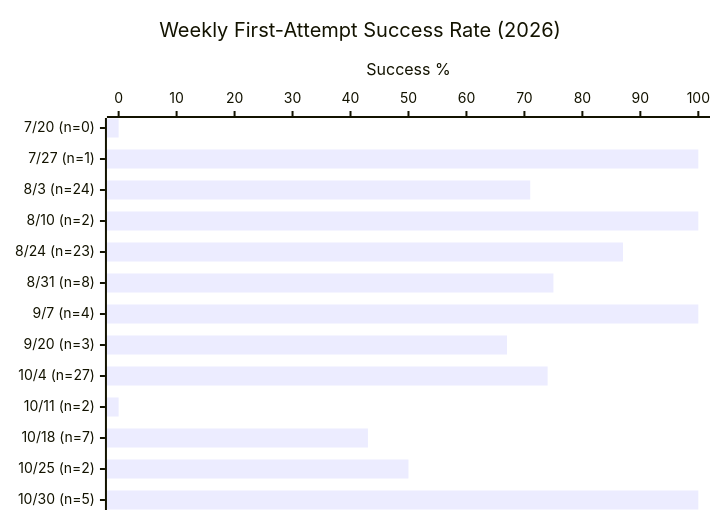
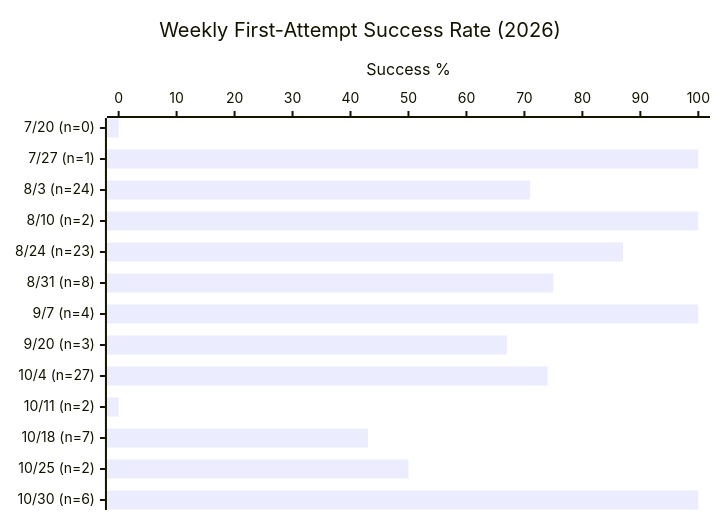
The first of 3 diagrams in EVAL.md (Sanctum-Origo-Systems/patina), drawn with Mermaid before and after one commit. The commit also changed other lines of this file and 1 other file, not shown here.

````diff
--- a/EVAL.md
+++ b/EVAL.md
@@ -102,7 +102,7 @@
 ```mermaid
 xychart-beta horizontal
     title "Weekly First-Attempt Success Rate (2026)"
-    x-axis ["7/20 (n=0)", "7/27 (n=1)", "8/3 (n=24)", "8/10 (n=2)", "8/24 (n=23)", "8/31 (n=8)", "9/7 (n=4)", "9/20 (n=3)", "10/4 (n=27)", "10/11 (n=2)", "10/18 (n=7)", "10/25 (n=2)", "10/30 (n=5)"]
+    x-axis ["7/20 (n=0)", "7/27 (n=1)", "8/3 (n=24)", "8/10 (n=2)", "8/24 (n=23)", "8/31 (n=8)", "9/7 (n=4)", "9/20 (n=3)", "10/4 (n=27)", "10/11 (n=2)", "10/18 (n=7)", "10/25 (n=2)", "10/30 (n=6)"]
     y-axis "Success %" 0 --> 100
     bar [0, 100, 71, 100, 87, 75, 100, 67, 74, 0, 43, 50, 100]
 ```
````
